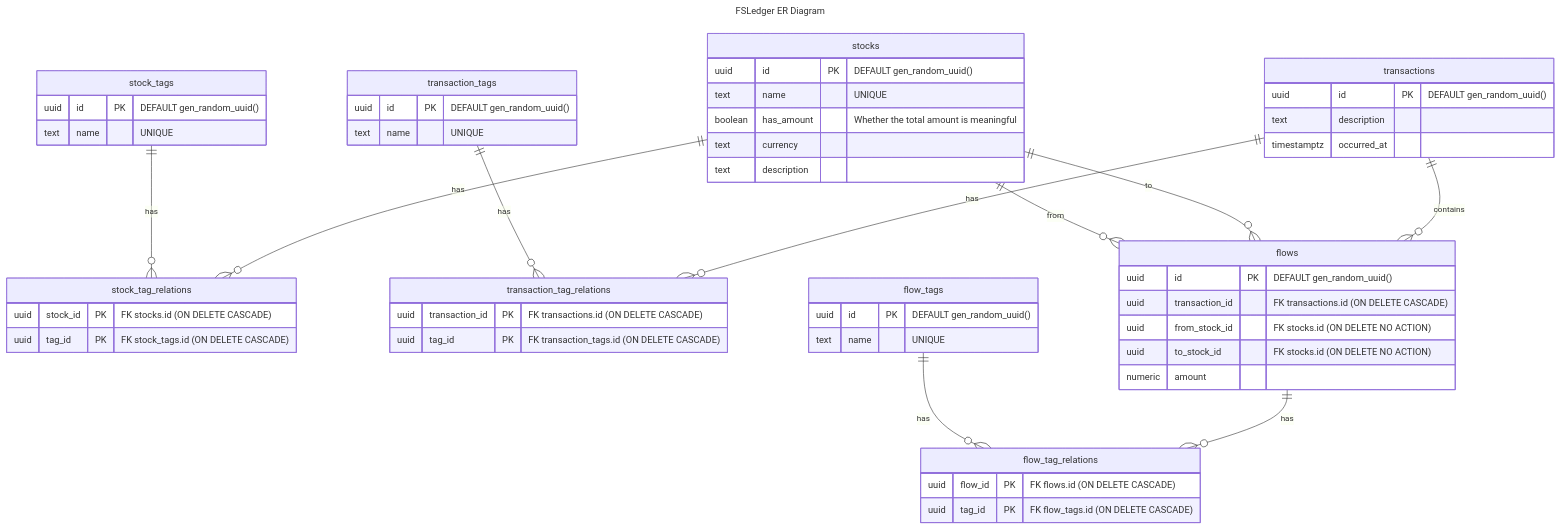
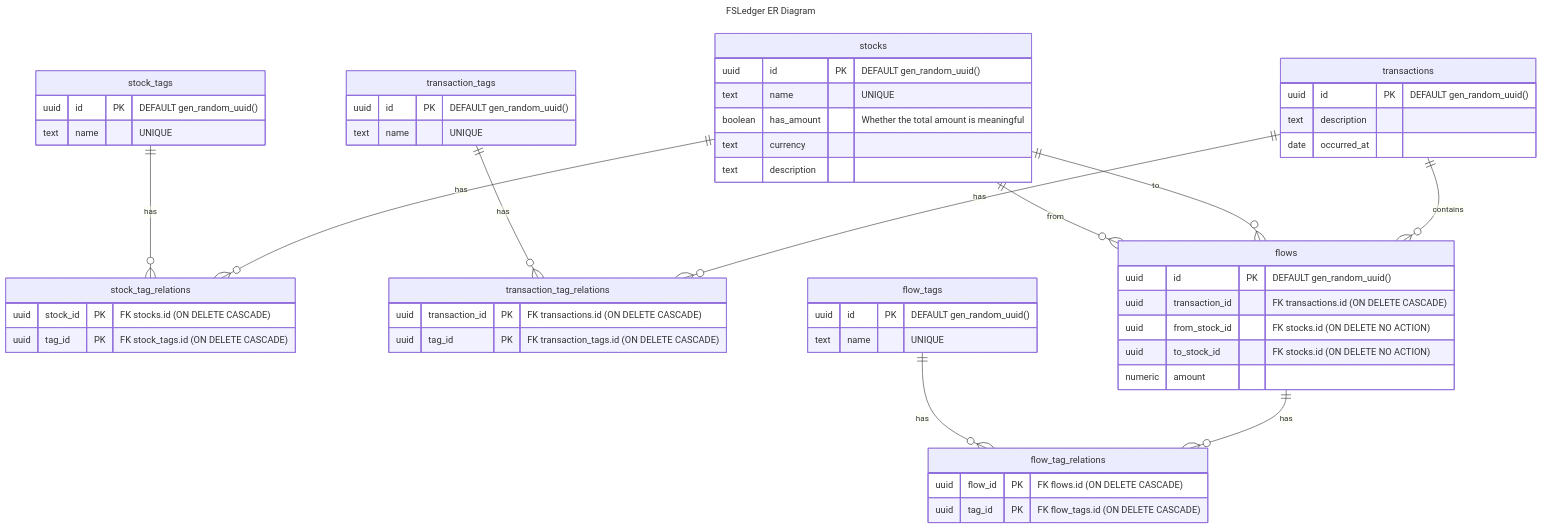
One commit to M-Haruki/fsledger changed the diagram in README.md. Above: the diagram before and after it, drawn with Mermaid. The commit also changed 6 other files, not shown here.

Commit message:
timestamptz -> date

````diff
--- a/README.md
+++ b/README.md
@@ -16,71 +16,71 @@
 ```mermaid
 ---
 title: "FSLedger ER Diagram"
 ---
 
 erDiagram
     stocks{
         uuid id PK "DEFAULT gen_random_uuid()"
         text name "UNIQUE"
         boolean has_amount "Whether the total amount is meaningful"
         text currency
         text description
     }
 
     stock_tags{
         uuid id PK "DEFAULT gen_random_uuid()"
         text name "UNIQUE"
     }
 
     stock_tag_relations{
         uuid stock_id PK "FK stocks.id (ON DELETE CASCADE)"
         uuid tag_id PK "FK stock_tags.id (ON DELETE CASCADE)"
     }
     
     transactions{
         uuid id PK "DEFAULT gen_random_uuid()"
         text description
-        timestamptz occurred_at
+        date occurred_at
     }
 
     transaction_tags{
         uuid id PK "DEFAULT gen_random_uuid()"
         text name "UNIQUE"
     }
 
     transaction_tag_relations{
         uuid transaction_id PK "FK transactions.id (ON DELETE CASCADE)"
         uuid tag_id PK "FK transaction_tags.id (ON DELETE CASCADE)"
     }
 
     flows{
         uuid id PK "DEFAULT gen_random_uuid()"
         uuid transaction_id "FK transactions.id (ON DELETE CASCADE)"
         uuid from_stock_id "FK stocks.id (ON DELETE NO ACTION)"
         uuid to_stock_id "FK stocks.id (ON DELETE NO ACTION)"
         numeric amount
     }
 
     flow_tags{
         uuid id PK "DEFAULT gen_random_uuid()"
         text name "UNIQUE"
     }
 
     flow_tag_relations{
         uuid flow_id PK "FK flows.id (ON DELETE CASCADE)"
         uuid tag_id PK "FK flow_tags.id (ON DELETE CASCADE)"
     }
 
     stocks ||--o{ stock_tag_relations : has
     stock_tags ||--o{ stock_tag_relations : has
 
     transactions ||--o{ transaction_tag_relations : has
     transaction_tags ||--o{ transaction_tag_relations : has
 
     flows ||--o{ flow_tag_relations : has
     flow_tags ||--o{ flow_tag_relations : has
 
     transactions ||--o{ flows : contains
     stocks ||--o{ flows : "to"
     stocks ||--o{ flows : "from"
 ```
````
